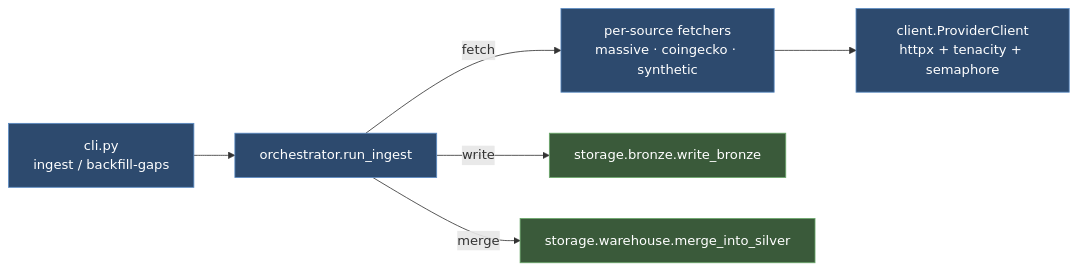
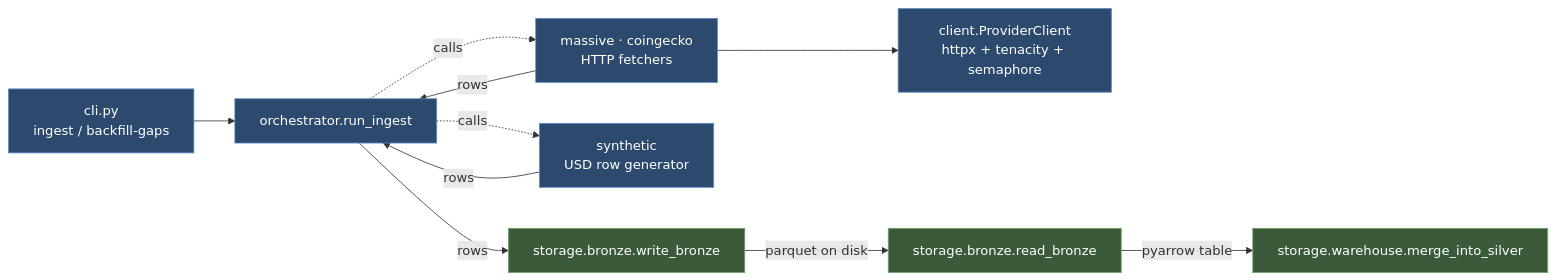
One commit to elysian-12/data-pipeline-poc changed the third of 4 diagrams in docs/architecture.md. Above: the diagram before and after it, drawn with Mermaid. The commit also changed other lines of this file and 14 other files, not shown here.

````diff
--- a/docs/architecture.md
+++ b/docs/architecture.md
@@ -93,20 +91,26 @@
 ```mermaid
 flowchart LR
     CLI[cli.py<br/>ingest / backfill-gaps]
     Orch[orchestrator.run_ingest]
-    Fetchers[per-source fetchers<br/>massive · coingecko · synthetic]
+    HttpFetch[massive · coingecko<br/>HTTP fetchers]
+    Synth[synthetic<br/>USD row generator]
     Client[client.ProviderClient<br/>httpx + tenacity + semaphore]
     Bronze[storage.bronze.write_bronze]
+    ReadBronze[storage.bronze.read_bronze]
     Silver[storage.warehouse.merge_into_silver]
 
     CLI --> Orch
-    Orch -->|fetch| Fetchers
-    Orch -->|write| Bronze
-    Orch -->|merge| Silver
-    Fetchers --> Client
+    Orch -.calls.-> HttpFetch
+    Orch -.calls.-> Synth
+    HttpFetch --> Client
+    HttpFetch -->|rows| Orch
+    Synth -->|rows| Orch
+    Orch -->|rows| Bronze
+    Bronze -->|parquet on disk| ReadBronze
+    ReadBronze -->|pyarrow table| Silver
 
     classDef sys fill:#2d4a6e,stroke:#5a8bc4,color:#fff
     classDef io fill:#3a5a3a,stroke:#6aa86a,color:#fff
-    class CLI,Orch,Fetchers,Client sys
-    class Bronze,Silver io
+    class CLI,Orch,HttpFetch,Synth,Client sys
+    class Bronze,ReadBronze,Silver io
 ```
````
